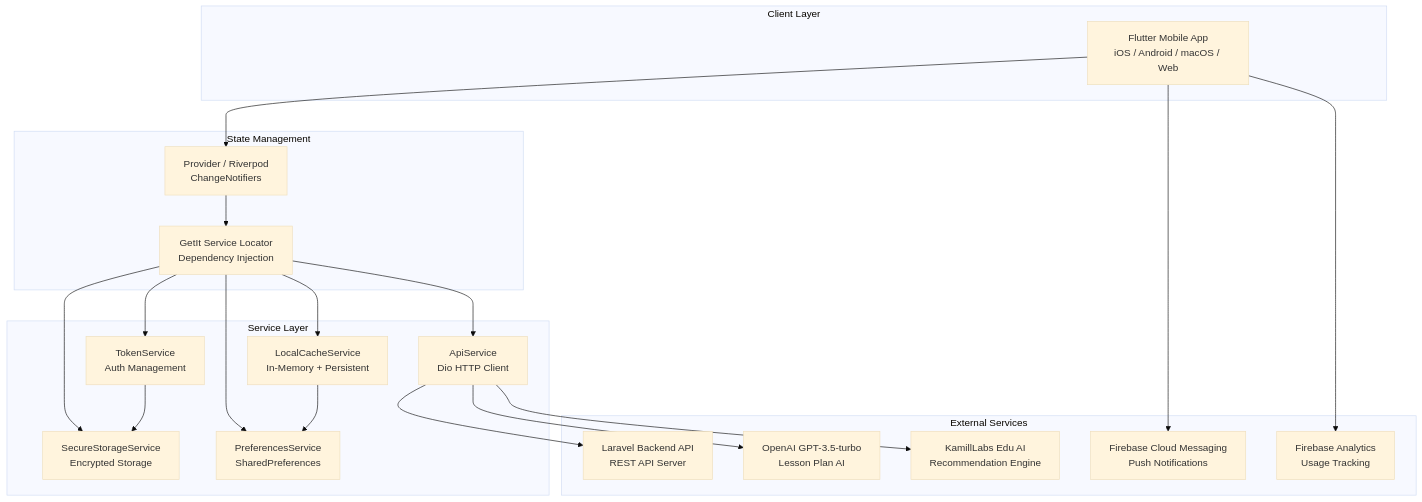
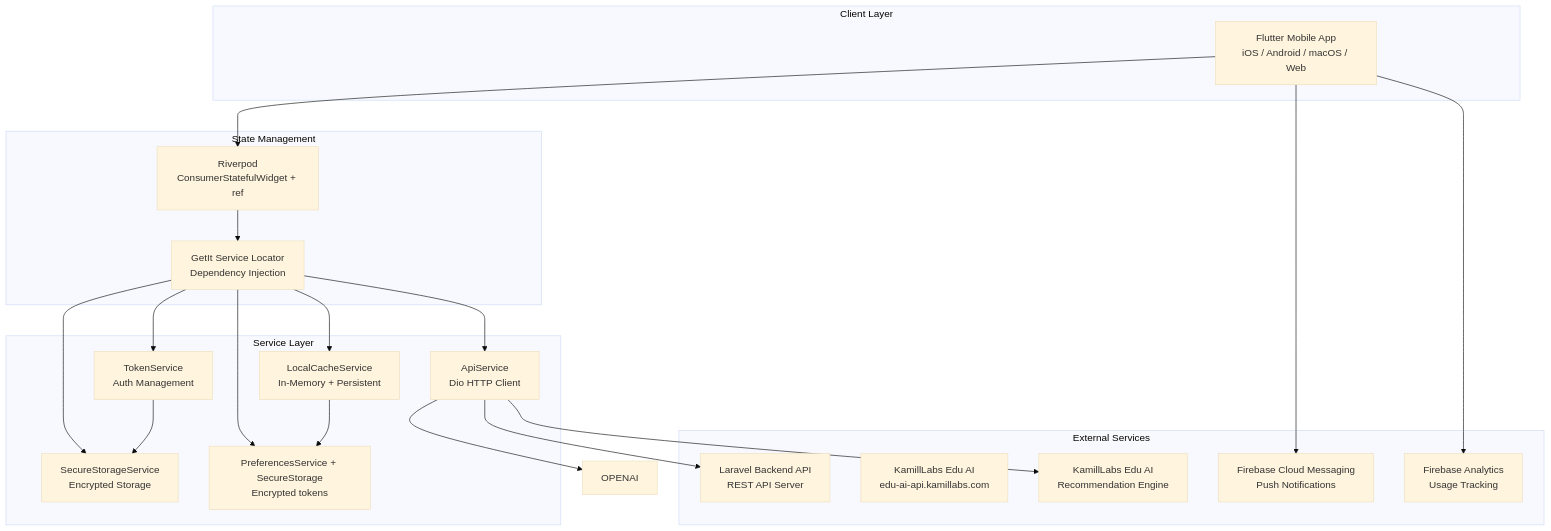
Before and after one commit to JohnHasmie/manajemen-sekolah-vue: the first of 26 diagrams in FULL_DOCUMENTATION.md, drawn with Mermaid (base theme). The commit also changed other lines of this file, not shown here.

First line of the commit message:
docs: update FULL_DOCUMENTATION.md to reflect current architecture

````diff
--- a/FULL_DOCUMENTATION.md
+++ b/FULL_DOCUMENTATION.md
@@ -58,44 +60,44 @@
 ```mermaid
 graph TB
     subgraph "Client Layer"
         APP[Flutter Mobile App<br/>iOS / Android / macOS / Web]
     end
 
     subgraph "State Management"
-        PROV[Provider / Riverpod<br/>ChangeNotifiers]
+        PROV[Riverpod<br/>ConsumerStatefulWidget + ref]
         DI[GetIt Service Locator<br/>Dependency Injection]
     end
 
     subgraph "Service Layer"
         API[ApiService<br/>Dio HTTP Client]
         TOKEN[TokenService<br/>Auth Management]
         CACHE[LocalCacheService<br/>In-Memory + Persistent]
         SECURE[SecureStorageService<br/>Encrypted Storage]
-        PREF[PreferencesService<br/>SharedPreferences]
+        PREF[PreferencesService + SecureStorage<br/>Encrypted tokens]
     end
 
     subgraph "External Services"
         BACKEND[Laravel Backend API<br/>REST API Server]
-        OPENAI[OpenAI GPT-3.5-turbo<br/>Lesson Plan AI]
+        EDUAI[KamillLabs Edu AI<br/>edu-ai-api.kamillabs.com]
         KAMILAI[KamillLabs Edu AI<br/>Recommendation Engine]
         FCM[Firebase Cloud Messaging<br/>Push Notifications]
         ANALYTICS[Firebase Analytics<br/>Usage Tracking]
     end
 
     APP --> PROV
     PROV --> DI
     DI --> API
     DI --> TOKEN
     DI --> CACHE
     DI --> SECURE
     DI --> PREF
 
     API --> BACKEND
     API --> OPENAI
     API --> KAMILAI
     APP --> FCM
     APP --> ANALYTICS
 
     TOKEN --> SECURE
     CACHE --> PREF
 ```
````
